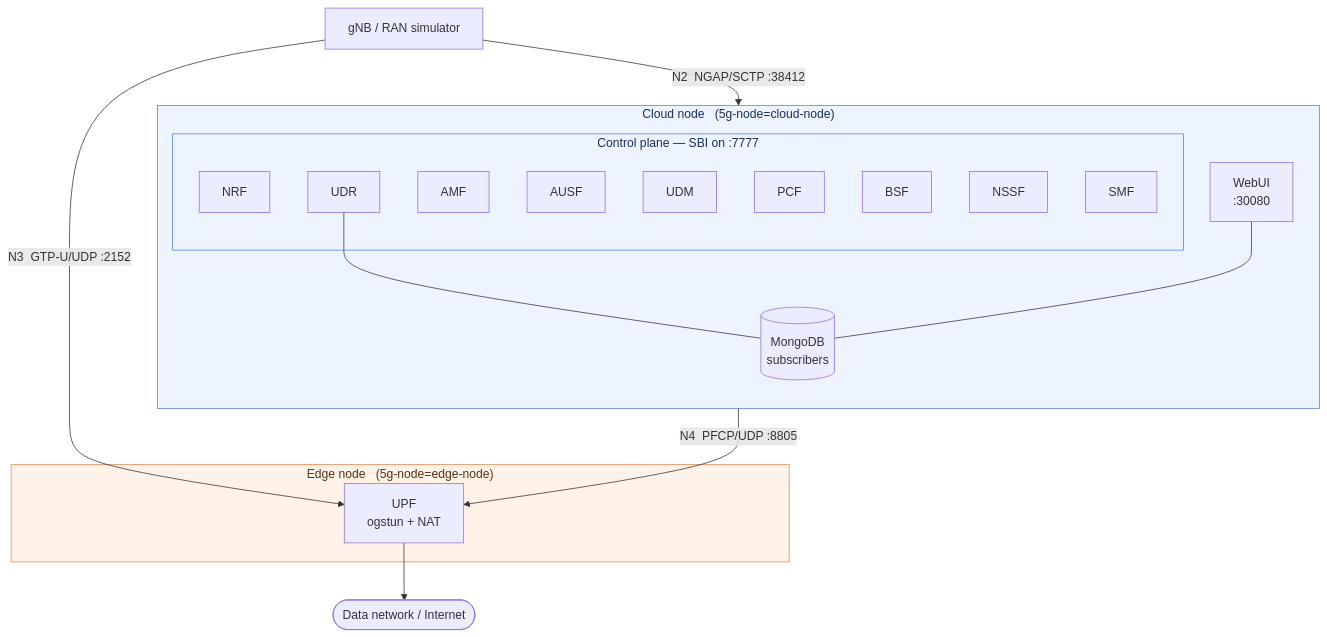
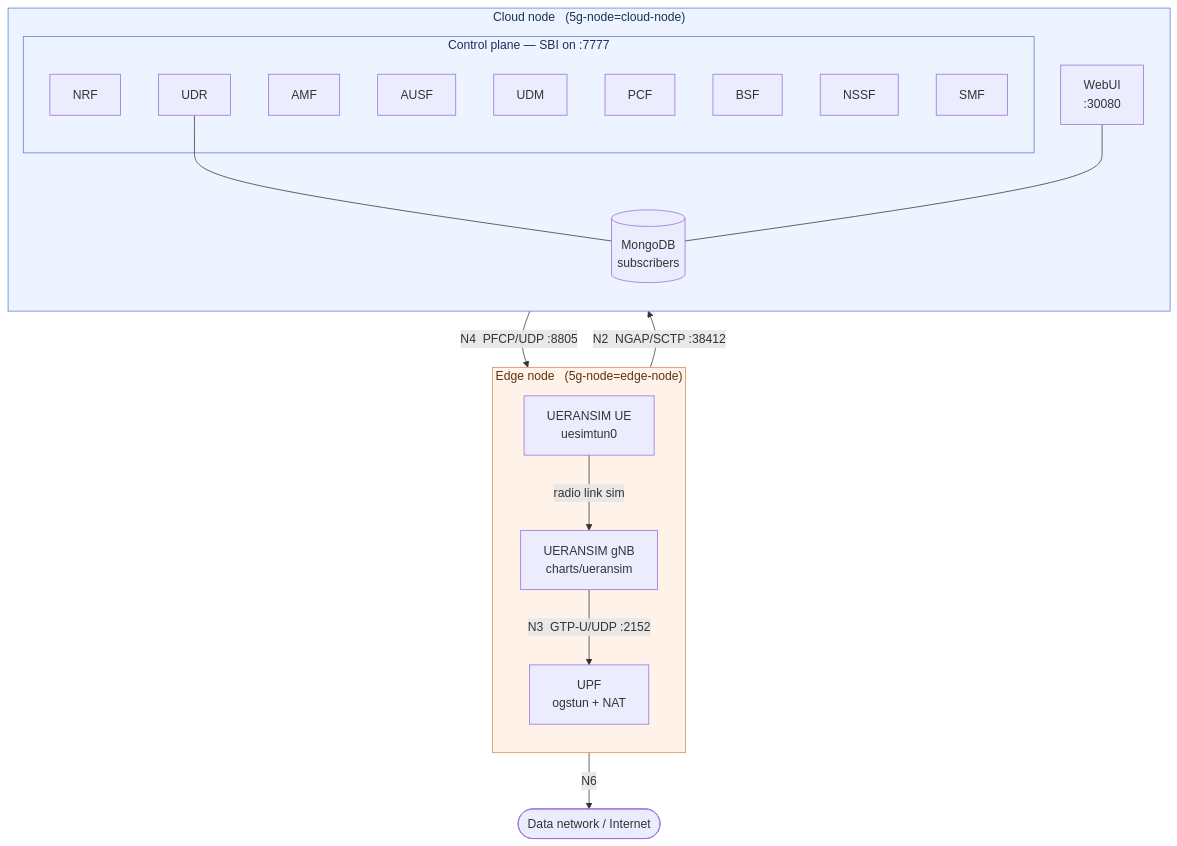
Before and after one commit to mdalgitsis/open5gs-k8s: the diagram in README.md, drawn with Mermaid. The commit also changed other lines of this file, not shown here.

````diff
--- a/README.md
+++ b/README.md
@@ -57,40 +71,42 @@
 ```mermaid
 flowchart TB
-    gNB["gNB / RAN simulator"]
+    subgraph edge["Edge node &nbsp;&nbsp;(5g-node=edge-node)"]
+        direction TB
+        GNB["UERANSIM gNB<br/>charts/ueransim"]
+        UE["UERANSIM UE<br/>uesimtun0"]
+        UPF["UPF<br/>ogstun + NAT"]
+    end
 
     subgraph cloud["Cloud node &nbsp;&nbsp;(5g-node=cloud-node)"]
         direction TB
         subgraph cp["Control plane — SBI on :7777"]
             NRF["NRF"]
             AMF["AMF"]
             AUSF["AUSF"]
             UDM["UDM"]
             UDR["UDR"]
             PCF["PCF"]
             BSF["BSF"]
             NSSF["NSSF"]
             SMF["SMF"]
         end
         MONGO[("MongoDB<br/>subscribers")]
         WEBUI["WebUI<br/>:30080"]
     end
 
-    subgraph edge["Edge node &nbsp;&nbsp;(5g-node=edge-node)"]
-        UPF["UPF<br/>ogstun + NAT"]
-    end
-
     DN(["Data network / Internet"])
 
-    gNB -- "N2 &nbsp;NGAP/SCTP :38412" --> AMF
-    gNB -- "N3 &nbsp;GTP-U/UDP :2152" --> UPF
+    UE -- "radio link sim" --> GNB
+    GNB -- "N2 &nbsp;NGAP/SCTP :38412" --> AMF
+    GNB -- "N3 &nbsp;GTP-U/UDP :2152" --> UPF
     SMF -- "N4 &nbsp;PFCP/UDP :8805" --> UPF
-    UPF --> DN
+    UPF -- "N6" --> DN
 
     UDR --- MONGO
     WEBUI --- MONGO
 
     classDef cloudbox fill:#eef4ff,stroke:#5b7fd4,color:#1a2f5a
     classDef edgebox fill:#fff2e8,stroke:#e08a4a,color:#5a3312
     class cloud,cp cloudbox
     class edge edgebox
 ```
````
